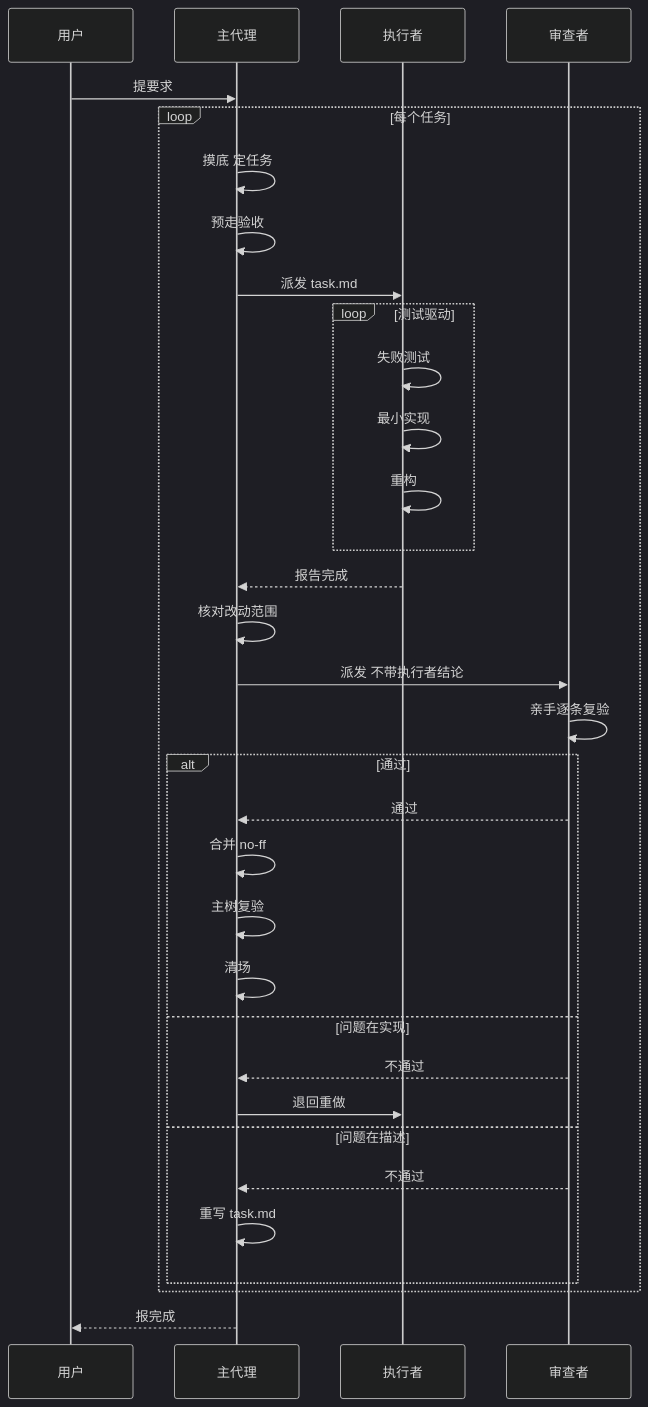
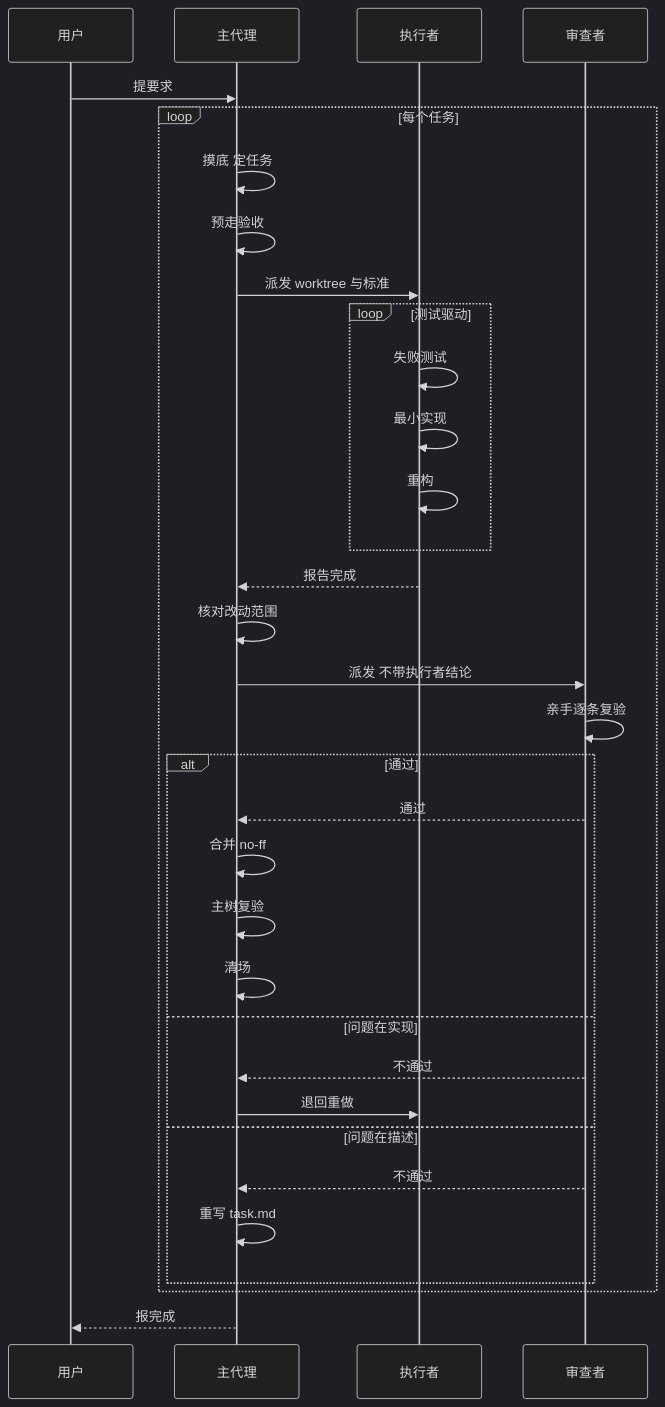
The diagram in SKILL.md (alexcdever/pipeline), drawn with Mermaid (dark theme) before and after one commit. The commit also changed other lines of this file, not shown here.

Commit message:
第21轮：并入判法补 revert-the-revert 窗口（新合并仍判已并入）、序列图派发物改正、规则11停止情形与「停下来问用户」一节对齐

````diff
--- a/SKILL.md
+++ b/SKILL.md
@@ -159,35 +159,35 @@
 ```mermaid
 sequenceDiagram
   participant U as 用户
   participant M as 主代理
   participant E as 执行者
   participant R as 审查者
   U->>M: 提要求
   loop 每个任务
     M->>M: 摸底 定任务
     M->>M: 预走验收
-    M->>E: 派发 task.md
+    M->>E: 派发 worktree 与标准
     loop 测试驱动
       E->>E: 失败测试
       E->>E: 最小实现
       E->>E: 重构
     end
     E-->>M: 报告完成
     M->>M: 核对改动范围
     M->>R: 派发 不带执行者结论
     R->>R: 亲手逐条复验
     alt 通过
       R-->>M: 通过
       M->>M: 合并 no-ff
       M->>M: 主树复验
       M->>M: 清场
     else 问题在实现
       R-->>M: 不通过
       M->>E: 退回重做
     else 问题在描述
       R-->>M: 不通过
       M->>M: 重写 task.md
     end
   end
   M-->>U: 报完成
 ```
````
